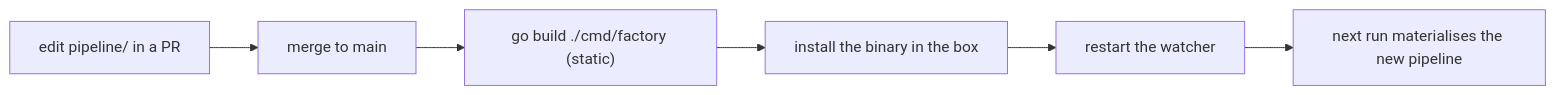
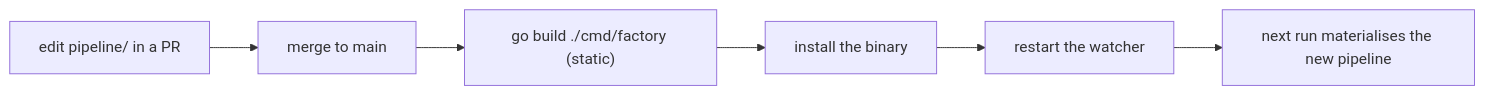
Before and after one commit to FullFran/gentle-factory: the seventh of 9 diagrams in docs/architecture.md, drawn with Mermaid. The commit also changed other lines of this file and 19 other files, not shown here.

````diff
--- a/docs/architecture.md
+++ b/docs/architecture.md
@@ -508,8 +489,8 @@
 ```mermaid
 flowchart LR
     DEV["edit pipeline/ in a PR"] --> MERGE["merge to main"]
     MERGE --> BUILD["go build ./cmd/factory (static)"]
-    BUILD --> INST["install the binary in the box"]
+    BUILD --> INST["install the binary"]
     INST --> RESTART["restart the watcher"]
     RESTART --> NEW["next run materialises the new pipeline"]
 ```
````
